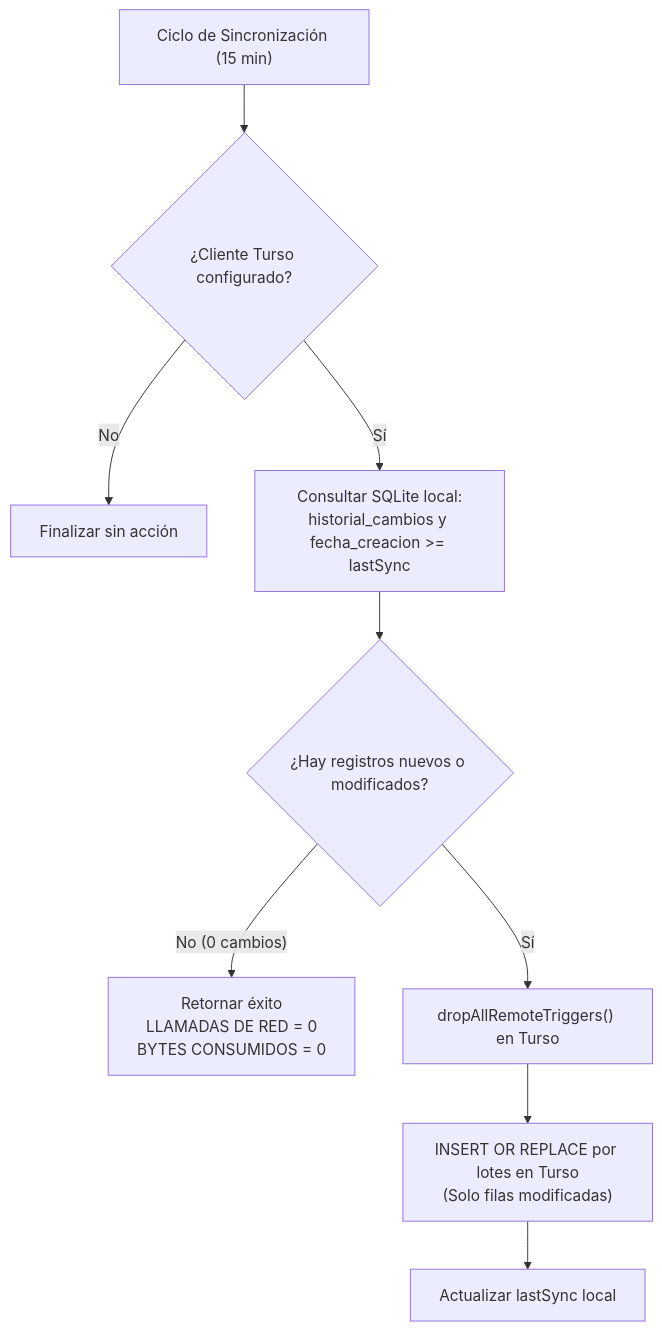
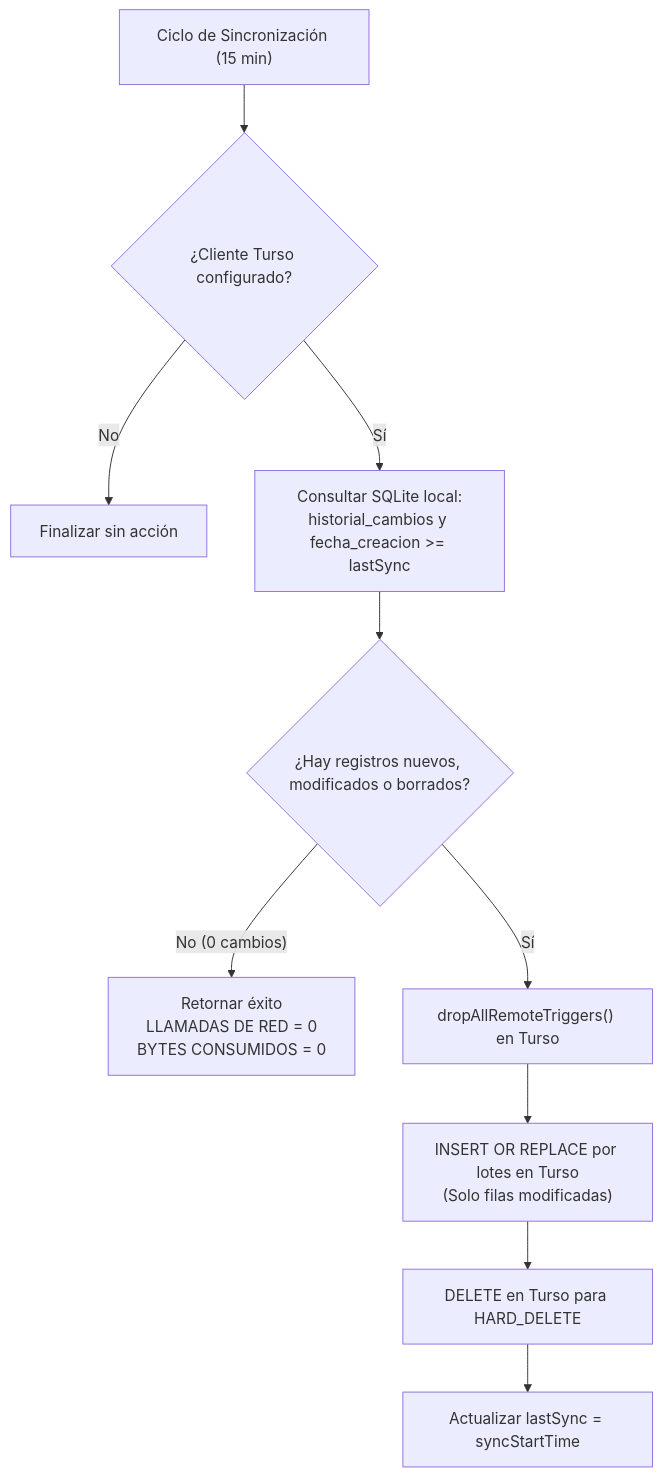
Before and after one commit to Mahynlo/Api-AguaVp: the diagram in docs/SINCRONIZACION_TURSO_CLOUD.md, drawn with Mermaid. The commit also changed other lines of this file and 2 other files, not shown here.

Commit message:
feat(sync): enhance Turso synchronization with improved date handling and cleanup logic

````diff
--- a/docs/SINCRONIZACION_TURSO_CLOUD.md
+++ b/docs/SINCRONIZACION_TURSO_CLOUD.md
@@ -100,11 +101,12 @@
 ```mermaid
 flowchart TD
     Start["Ciclo de Sincronización (15 min)"] --> CheckConfig{"¿Cliente Turso configurado?"}
     CheckConfig -- No --> EndSkip["Finalizar sin acción"]
     CheckConfig -- Sí --> QueryLocal["Consultar SQLite local:<br/>historial_cambios y fecha_creacion >= lastSync"]
-    QueryLocal --> HasChanges{"¿Hay registros nuevos o modificados?"}
+    QueryLocal --> HasChanges{"¿Hay registros nuevos, modificados o borrados?"}
     HasChanges -- No (0 cambios) --> ZeroNetwork["Retornar éxito<br/>LLAMADAS DE RED = 0<br/>BYTES CONSUMIDOS = 0"]
     HasChanges -- Sí --> DropTrig["dropAllRemoteTriggers() en Turso"]
     DropTrig --> BatchUpsert["INSERT OR REPLACE por lotes en Turso<br/>(Solo filas modificadas)"]
-    BatchUpsert --> UpdateLastSync["Actualizar lastSync local"]
+    BatchUpsert --> ExecuteDeletes["DELETE en Turso para HARD_DELETE"]
+    ExecuteDeletes --> UpdateLastSync["Actualizar lastSync = syncStartTime"]
 ```
````
